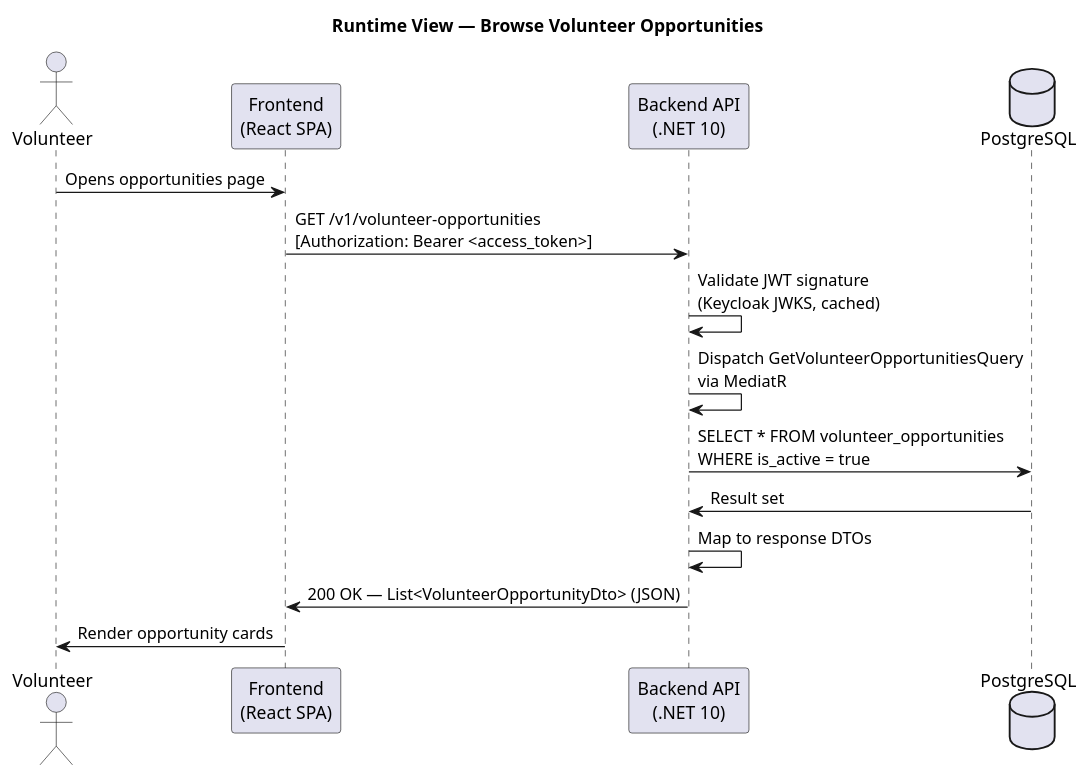
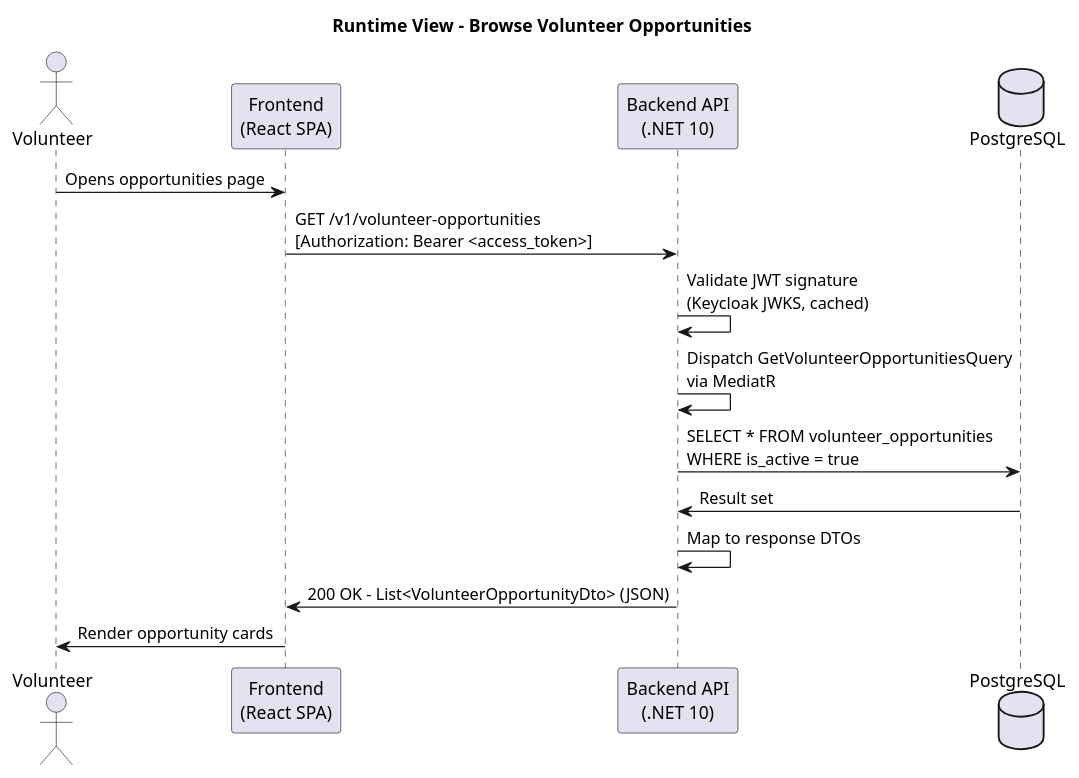
The diagram in docs/Architektur/images/runtime-browse.puml (maik-hasler/einsatzbereit), drawn with PlantUML before and after one commit. The commit also changed 36 other files, not shown here.

```diff
--- a/docs/Architektur/images/runtime-browse.puml
+++ b/docs/Architektur/images/runtime-browse.puml
@@ -1,20 +1,20 @@
 @startuml Browse Volunteer Opportunities
 
-title Runtime View — Browse Volunteer Opportunities
+title Runtime View - Browse Volunteer Opportunities
 
 actor "Volunteer" as user
 participant "Frontend\n(React SPA)" as frontend
 participant "Backend API\n(.NET 10)" as backend
 database "PostgreSQL" as db
 
 user -> frontend: Opens opportunities page
 frontend -> backend: GET /v1/volunteer-opportunities\n[Authorization: Bearer <access_token>]
 backend -> backend: Validate JWT signature\n(Keycloak JWKS, cached)
 backend -> backend: Dispatch GetVolunteerOpportunitiesQuery\nvia MediatR
 backend -> db: SELECT * FROM volunteer_opportunities\nWHERE is_active = true
 db -> backend: Result set
 backend -> backend: Map to response DTOs
-backend -> frontend: 200 OK — List<VolunteerOpportunityDto> (JSON)
+backend -> frontend: 200 OK - List<VolunteerOpportunityDto> (JSON)
 frontend -> user: Render opportunity cards
 
 @enduml
```
